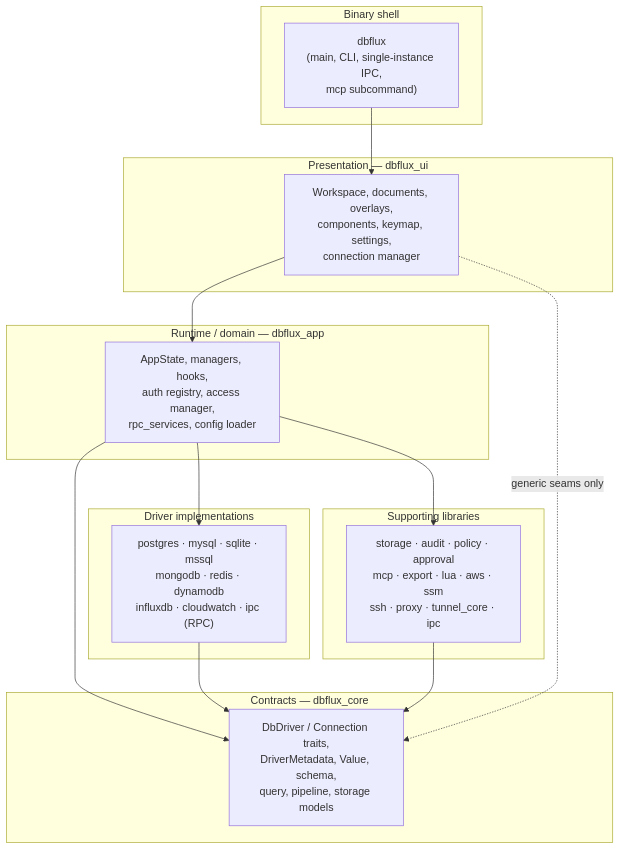
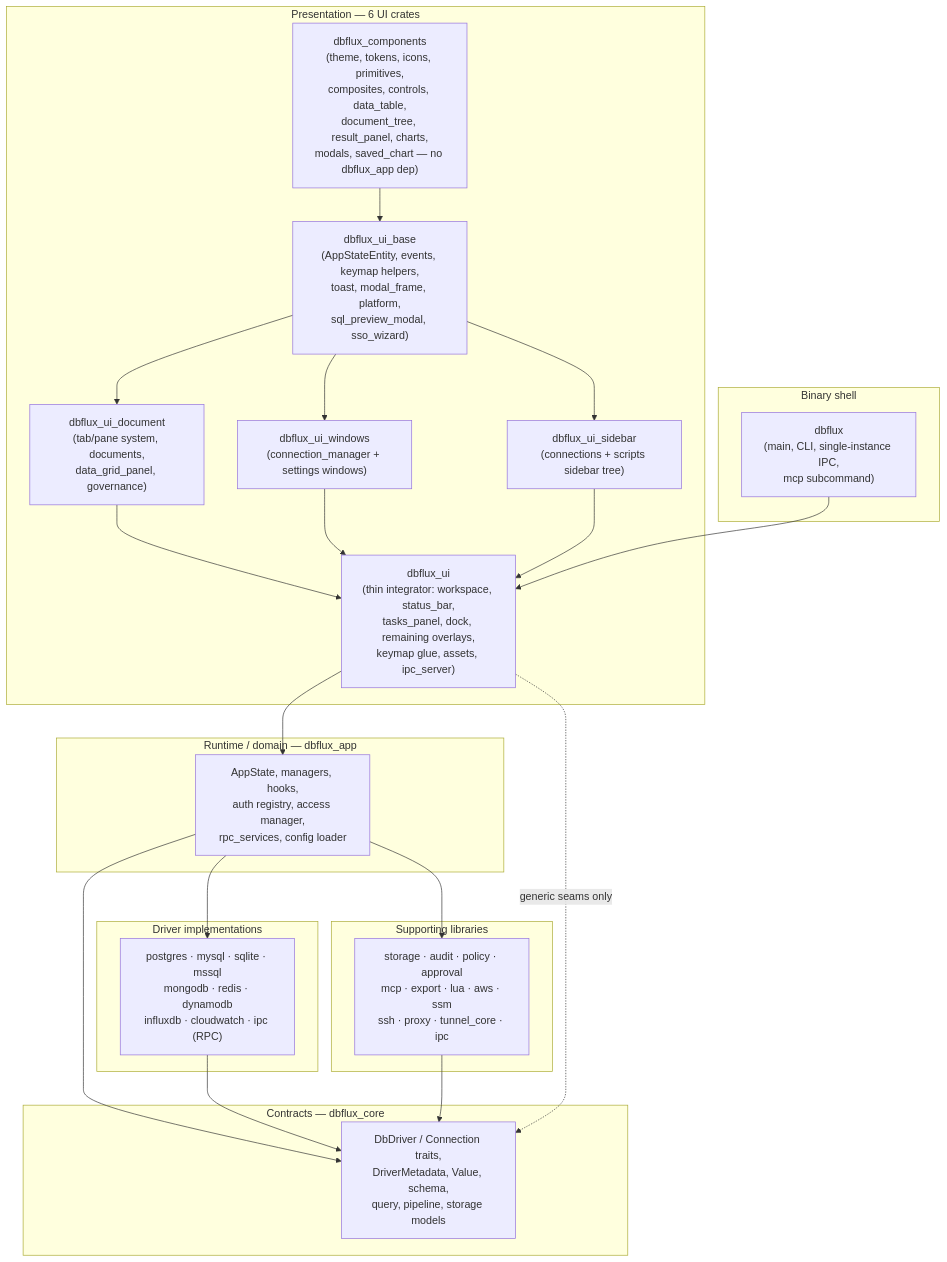
The first of 3 diagrams in ARCHITECTURE.md (0xErwin1/dbflux), drawn with Mermaid before and after one commit. The commit also changed other lines of this file and 3 other files, not shown here.

First line of the commit message:
docs: update CLAUDE/AGENTS/ARCHITECTURE/CHARTS for the 6-crate UI split (#102)

````diff
--- a/ARCHITECTURE.md
+++ b/ARCHITECTURE.md
@@ -18,33 +18,39 @@
 ```mermaid
 flowchart TB
     subgraph Shell["Binary shell"]
         bin["dbflux<br/>(main, CLI, single-instance IPC,<br/>mcp subcommand)"]
     end
 
-    subgraph UI["Presentation — dbflux_ui"]
-        ui["Workspace, documents, overlays,<br/>components, keymap, settings,<br/>connection manager"]
+    subgraph UI["Presentation — 6 UI crates"]
+        uicomp["dbflux_components<br/>(theme, tokens, icons, primitives,<br/>composites, controls, data_table,<br/>document_tree, result_panel, charts,<br/>modals, saved_chart — no dbflux_app dep)"]
+        uibase["dbflux_ui_base<br/>(AppStateEntity, events, keymap helpers,<br/>toast, modal_frame, platform,<br/>sql_preview_modal, sso_wizard)"]
+        uidoc["dbflux_ui_document<br/>(tab/pane system, documents,<br/>data_grid_panel, governance)"]
+        uisidebar["dbflux_ui_sidebar<br/>(connections + scripts sidebar tree)"]
+        uiwindows["dbflux_ui_windows<br/>(connection_manager + settings windows)"]
+        uithin["dbflux_ui<br/>(thin integrator: workspace, status_bar,<br/>tasks_panel, dock, remaining overlays,<br/>keymap glue, assets, ipc_server)"]
+        uicomp --> uibase --> uidoc & uiwindows & uisidebar --> uithin
     end
 
     subgraph Runtime["Runtime / domain — dbflux_app"]
         app["AppState, managers, hooks,<br/>auth registry, access manager,<br/>rpc_services, config loader"]
     end
 
     subgraph Core["Contracts — dbflux_core"]
         core["DbDriver / Connection traits,<br/>DriverMetadata, Value, schema,<br/>query, pipeline, storage models"]
     end
 
     subgraph Drivers["Driver implementations"]
         drv["postgres · mysql · sqlite · mssql<br/>mongodb · redis · dynamodb<br/>influxdb · cloudwatch · ipc (RPC)"]
     end
 
     subgraph Support["Supporting libraries"]
         sup["storage · audit · policy · approval<br/>mcp · export · lua · aws · ssm<br/>ssh · proxy · tunnel_core · ipc"]
     end
 
-    bin --> ui --> app --> core
+    bin --> uithin --> app --> core
     drv --> core
     sup --> core
     app --> drv
     app --> sup
-    ui -. "generic seams only" .-> core
+    uithin -. "generic seams only" .-> core
 ```
````
